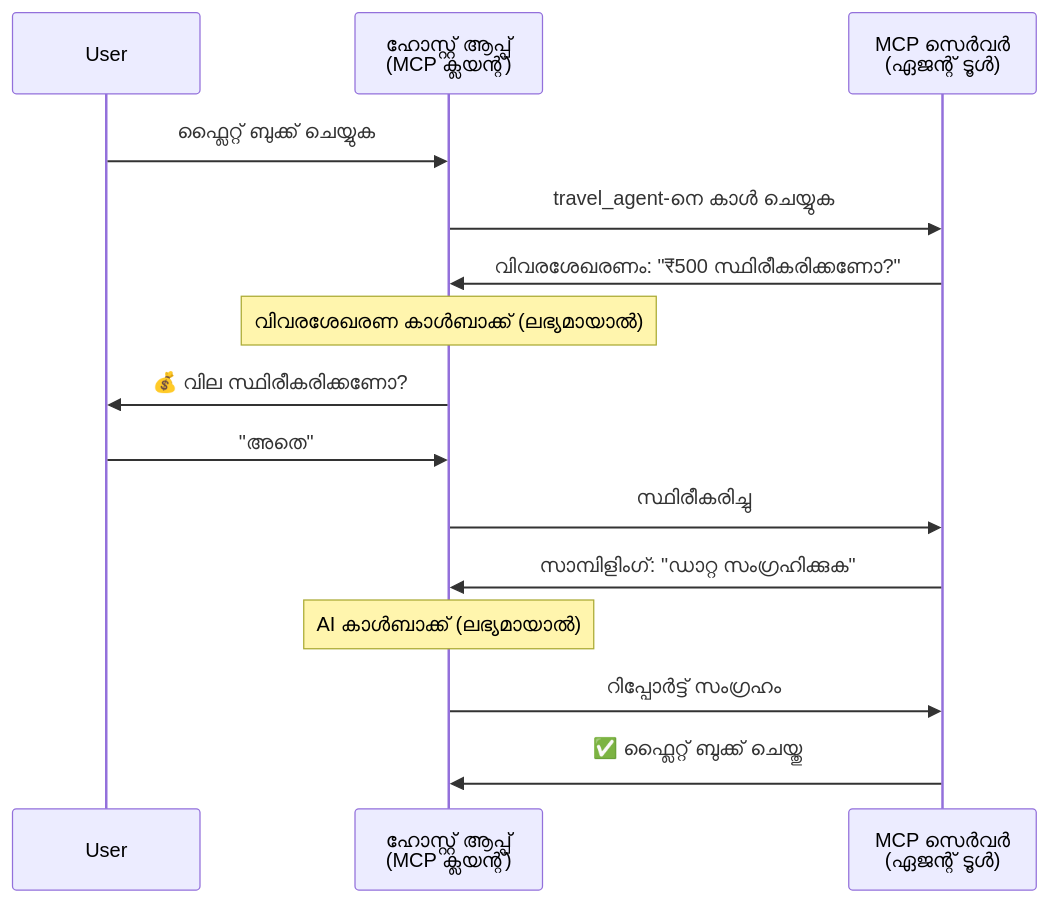
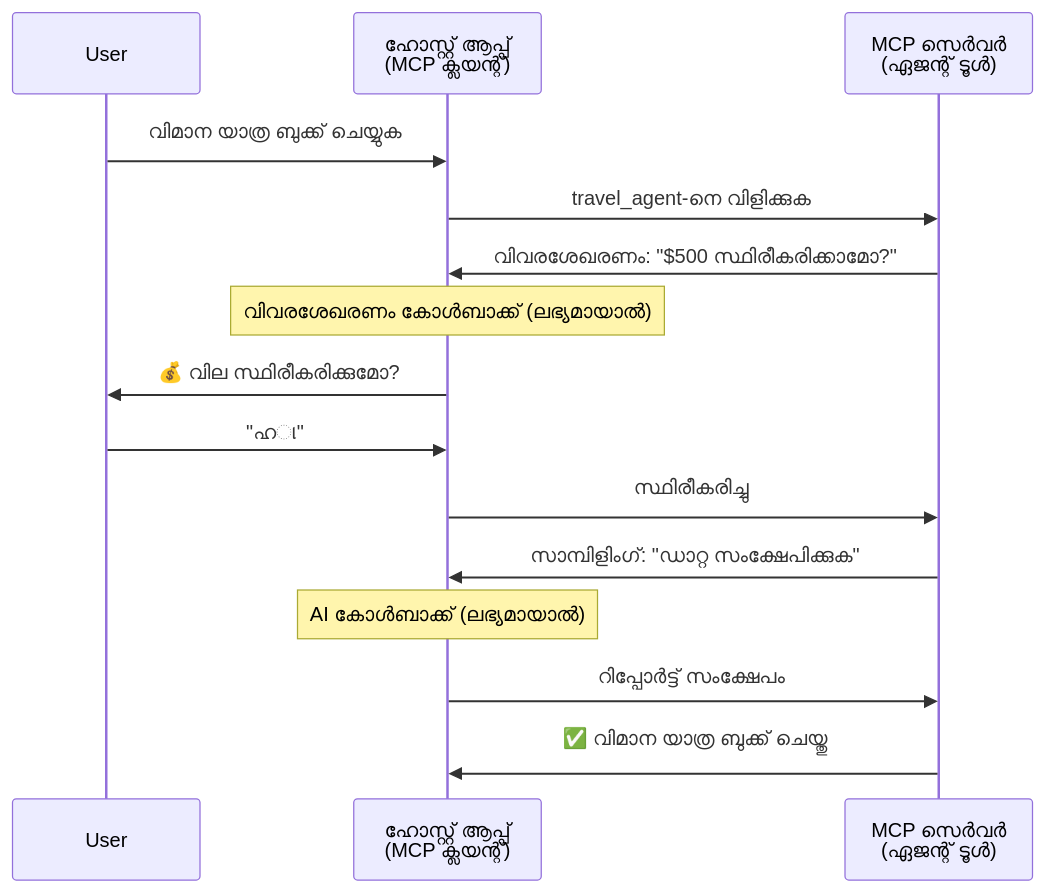
Before and after one commit to gabrielmoreira/agent-skills-mirror: the fourth of 5 diagrams in mirrors/repos/microsoft@ai-agents-for-beginners/translations/ml/11-agentic-protocols/code_samples/mcp-agents/README.md, drawn with Mermaid. The commit also changed other lines of this file and 4262 other files, not shown here.

````diff
--- a/mirrors/repos/microsoft@ai-agents-for-beginners/translations/ml/11-agentic-protocols/code_samples/mcp-agents/README.md
+++ b/mirrors/repos/microsoft@ai-agents-for-beginners/translations/ml/11-agentic-protocols/code_samples/mcp-agents/README.md
@@ -163,21 +163,21 @@
 ```mermaid
 sequenceDiagram
     participant User
     participant Host as ഹോസ്റ്റ് ആപ്പ്<br/>(MCP ക്ലയന്റ്)
     participant Server as MCP സെർവർ<br/>(ഏജന്റ് ടൂൾ)
 
-    User->>Host: ഫ്ലൈറ്റ് ബുക്ക് ചെയ്യുക
-    Host->>Server: travel_agent-നെ കാൾ ചെയ്യുക
+    User->>Host: വിമാന യാത്ര ബുക്ക് ചെയ്യുക
+    Host->>Server: travel_agent-നെ വിളിക്കുക
 
-    Server->>Host: വിവരശേഖരണം: "₹500 സ്ഥിരീകരിക്കണോ?"
-    Note over Host: വിവരശേഖരണ കാൾബാക്ക് (ലഭ്യമായാൽ)
-    Host->>User: 💰 വില സ്ഥിരീകരിക്കണോ?
-    User->>Host: "അതെ"
+    Server->>Host: വിവരശേഖരണം: "$500 സ്ഥിരീകരിക്കാമോ?"
+    Note over Host: വിവരശേഖരണം കോൾബാക്ക് (ലഭ്യമായാൽ)
+    Host->>User: 💰 വില സ്ഥിരീകരിക്കുമോ?
+    User->>Host: "ഹા"
     Host->>Server: സ്ഥിരീകരിച്ചു
 
-    Server->>Host: സാമ്പിളിംഗ്: "ഡാറ്റ സംഗ്രഹിക്കുക"
-    Note over Host: AI കാൾബാക്ക് (ലഭ്യമായാൽ)
-    Host->>Server: റിപ്പോർട്ട് സംഗ്രഹം
+    Server->>Host: സാമ്പിളിംഗ്: "ഡാറ്റ സംക്ഷേപിക്കുക"
+    Note over Host: AI കോൾബാക്ക് (ലഭ്യമായാൽ)
+    Host->>Server: റിപ്പോർട്ട് സംക്ഷേപം
 
-    Server->>Host: ✅ ഫ്ലൈറ്റ് ബുക്ക് ചെയ്തു
+    Server->>Host: ✅ വിമാന യാത്ര ബുക്ക് ചെയ്തു
 ```
````
